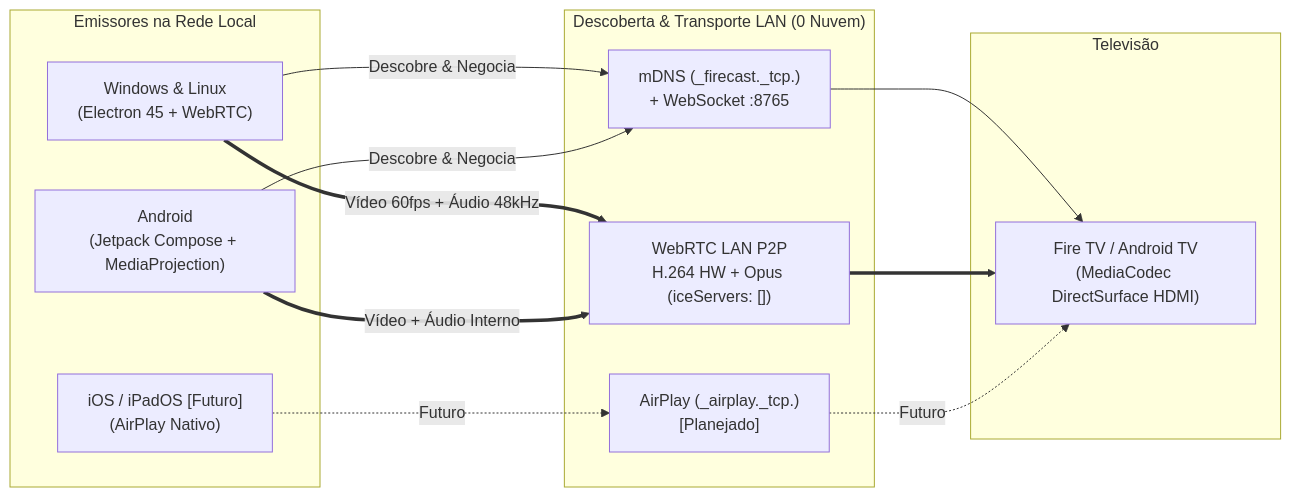
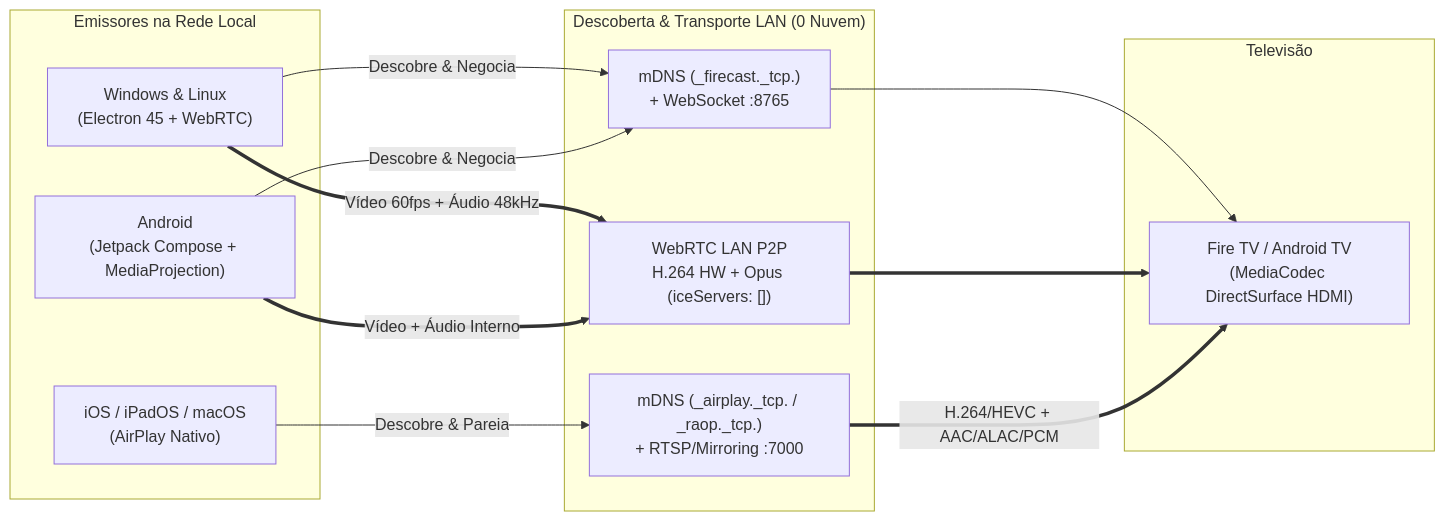
Before and after one commit to EduardoCoura/castviewer: the diagram in README.md, drawn with Mermaid. The commit also changed other lines of this file and 78 other files, not shown here.

Commit message:
Add native Apple AirPlay 2/RAOP screen mirroring receiver to firestick-app (v2.5)

````diff
--- a/README.md
+++ b/README.md
@@ -94,27 +95,27 @@
 ```mermaid
 flowchart LR
     subgraph Senders ["Emissores na Rede Local"]
         PC["Windows & Linux<br/>(Electron 45 + WebRTC)"]
         AND["Android<br/>(Jetpack Compose + MediaProjection)"]
-        IOS["iOS / iPadOS [Futuro]<br/>(AirPlay Nativo)"]
+        IOS["iOS / iPadOS / macOS<br/>(AirPlay Nativo)"]
     end
 
     subgraph Network ["Descoberta & Transporte LAN (0 Nuvem)"]
         SIG["mDNS (_firecast._tcp.)<br/>+ WebSocket :8765"]
         P2P["WebRTC LAN P2P<br/>H.264 HW + Opus (iceServers: [])"]
-        AP["AirPlay (_airplay._tcp.)<br/>[Planejado]"]
+        AP["mDNS (_airplay._tcp. / _raop._tcp.)<br/>+ RTSP/Mirroring :7000"]
     end
 
     subgraph Receiver ["Televisão"]
         FTV["Fire TV / Android TV<br/>(MediaCodec DirectSurface HDMI)"]
     end
 
     PC -->|Descobre & Negocia| SIG
     AND -->|Descobre & Negocia| SIG
     PC ==>|Vídeo 60fps + Áudio 48kHz| P2P
     AND ==>|Vídeo + Áudio Interno| P2P
     SIG --> FTV
     P2P ==> FTV
-    IOS -.->|Futuro| AP
-    AP -.->|Futuro| FTV
+    IOS -->|Descobre & Pareia| AP
+    AP ==>|H.264/HEVC + AAC/ALAC/PCM| FTV
 ```
````
